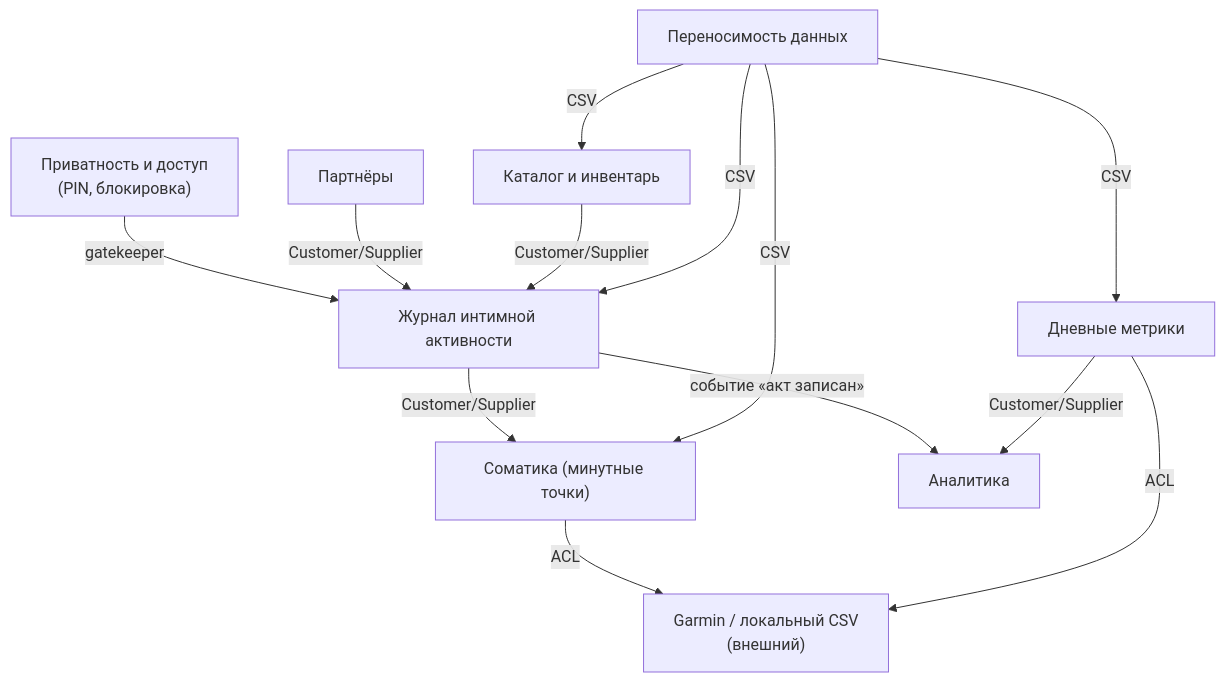
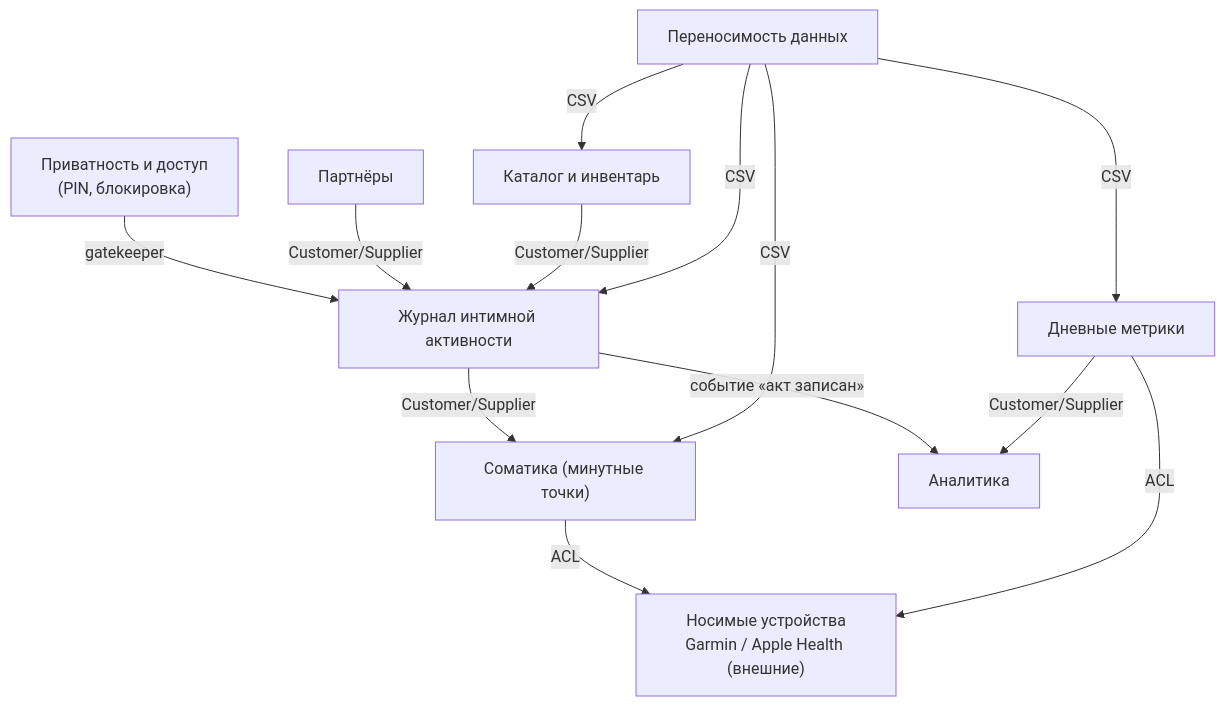
The diagram in 03-ddd/00-context-map.md (Ekstrem/XDiary), drawn with Mermaid before and after one commit. The commit also changed other lines of this file and 3 other files, not shown here.

Commit message:
DDD/ADR: соматика — источники Garmin и Apple Watch (AW-01)

````diff
--- a/03-ddd/00-context-map.md
+++ b/03-ddd/00-context-map.md
@@ -18,15 +18,15 @@
 ```mermaid
 flowchart TD
     PR["Приватность и доступ<br/>(PIN, блокировка)"] -->|gatekeeper| J["Журнал интимной активности"]
     P["Партнёры"] -->|Customer/Supplier| J
     C["Каталог и инвентарь"] -->|Customer/Supplier| J
     J -->|Customer/Supplier| SS["Соматика (минутные точки)"]
     J -->|событие «акт записан»| A["Аналитика"]
     DM["Дневные метрики"] -->|Customer/Supplier| A
-    SS -->|ACL| G["Garmin / локальный CSV<br/>(внешний)"]
+    SS -->|ACL| G["Носимые устройства<br/>Garmin / Apple Health (внешние)"]
     DM -->|ACL| G
     DP["Переносимость данных"] -->|CSV| J
     DP -->|CSV| SS
     DP -->|CSV| DM
     DP -->|CSV| C
 ```
````
